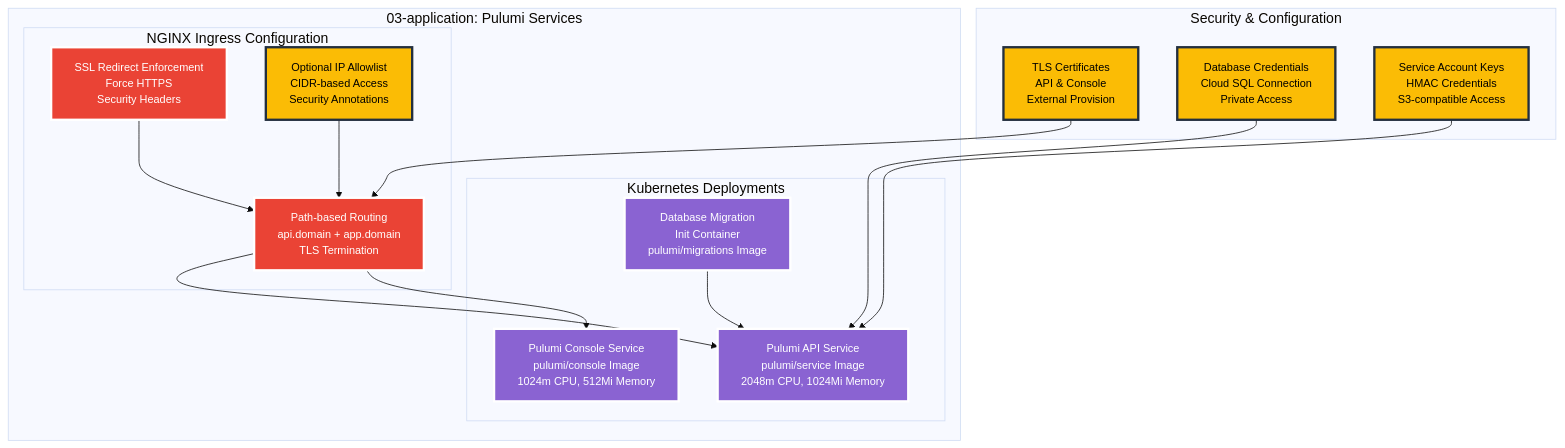
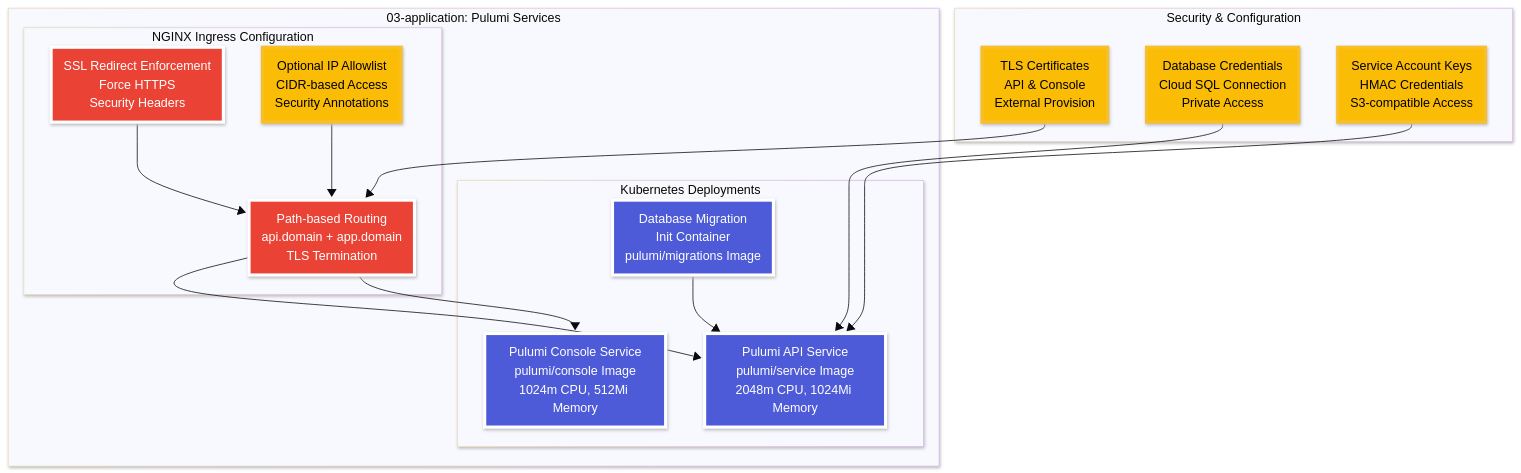
One commit to pulumi/pulumi-self-hosted-installers changed the diagram in gke-hosted/diagrams/04-application.mmd. Above: the diagram before and after it, drawn with Mermaid. The commit also changed 55 other files, not shown here.

```diff
--- a/gke-hosted/diagrams/04-application.mmd
+++ b/gke-hosted/diagrams/04-application.mmd
@@ -1,35 +1,39 @@
-%%{init: {'theme':'base', 'themeVariables': {'fontSize': '18px', 'fontFamily': 'Arial, sans-serif'}}}%%
+---
+config:
+  look: neo
+  theme: base
+---
 graph TD
-    classDef pulumi fill:#8A63D2,stroke:#FFFFFF,stroke-width:3px,color:#FFFFFF,font-size:14px
-    classDef security fill:#FBBC05,stroke:#232F3E,stroke-width:3px,color:#000000,font-size:14px
-    classDef network fill:#EA4335,stroke:#FFFFFF,stroke-width:3px,color:#FFFFFF,font-size:14px
+    classDef pulumi fill:#4d5bd9,stroke:#FFFFFF,stroke-width:4px,color:#FFFFFF
+    classDef security fill:#FBBC05,stroke:#f7bf2a,stroke-width:4px,color:#000000
+    classDef network fill:#EA4335,stroke:#FFFFFF,stroke-width:4px,color:#FFFFFF
     
     subgraph APP["03-application: Pulumi Services"]
         subgraph APPS["Kubernetes Deployments"]
             API_SVC[Pulumi API Service<br/>pulumi/service Image<br/>2048m CPU, 1024Mi Memory]:::pulumi
             CONSOLE_SVC[Pulumi Console Service<br/>pulumi/console Image<br/>1024m CPU, 512Mi Memory]:::pulumi
             MIGRATION[Database Migration<br/>Init Container<br/>pulumi/migrations Image]:::pulumi
         end
         
         subgraph INGRESS["NGINX Ingress Configuration"]
             SSL_REDIRECT[SSL Redirect Enforcement<br/>Force HTTPS<br/>Security Headers]:::network
             INGRESS_RULES[Path-based Routing<br/>api.domain + app.domain<br/>TLS Termination]:::network
             IP_ALLOWLIST[Optional IP Allowlist<br/>CIDR-based Access<br/>Security Annotations]:::security
         end
     end
     
     subgraph SEC["Security & Configuration"]
         TLS_CERTS[TLS Certificates<br/>API & Console<br/>External Provision]:::security
         DB_CREDS[Database Credentials<br/>Cloud SQL Connection<br/>Private Access]:::security
         STORAGE_KEYS[Service Account Keys<br/>HMAC Credentials<br/>S3-compatible Access]:::security
     end
     
     TLS_CERTS --> INGRESS_RULES
     INGRESS_RULES --> API_SVC
     INGRESS_RULES --> CONSOLE_SVC
     SSL_REDIRECT --> INGRESS_RULES
     IP_ALLOWLIST --> INGRESS_RULES
     
     DB_CREDS --> API_SVC
     STORAGE_KEYS --> API_SVC
     MIGRATION --> API_SVC
```
